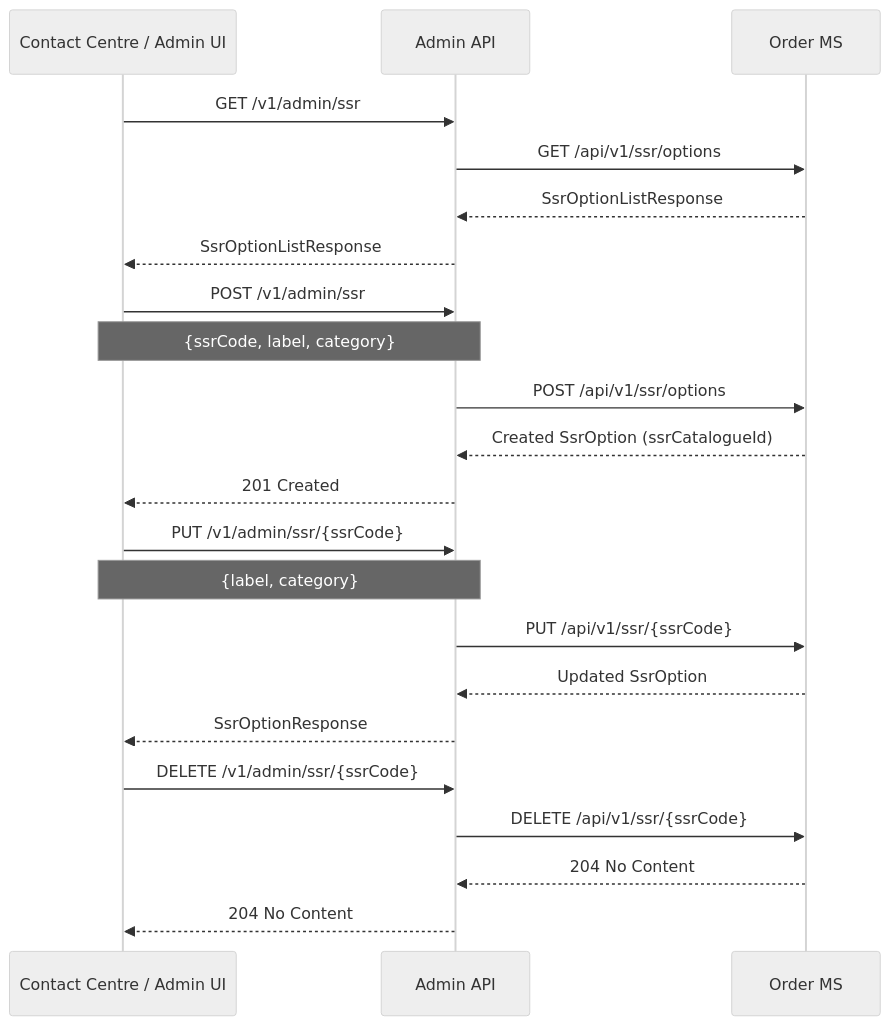
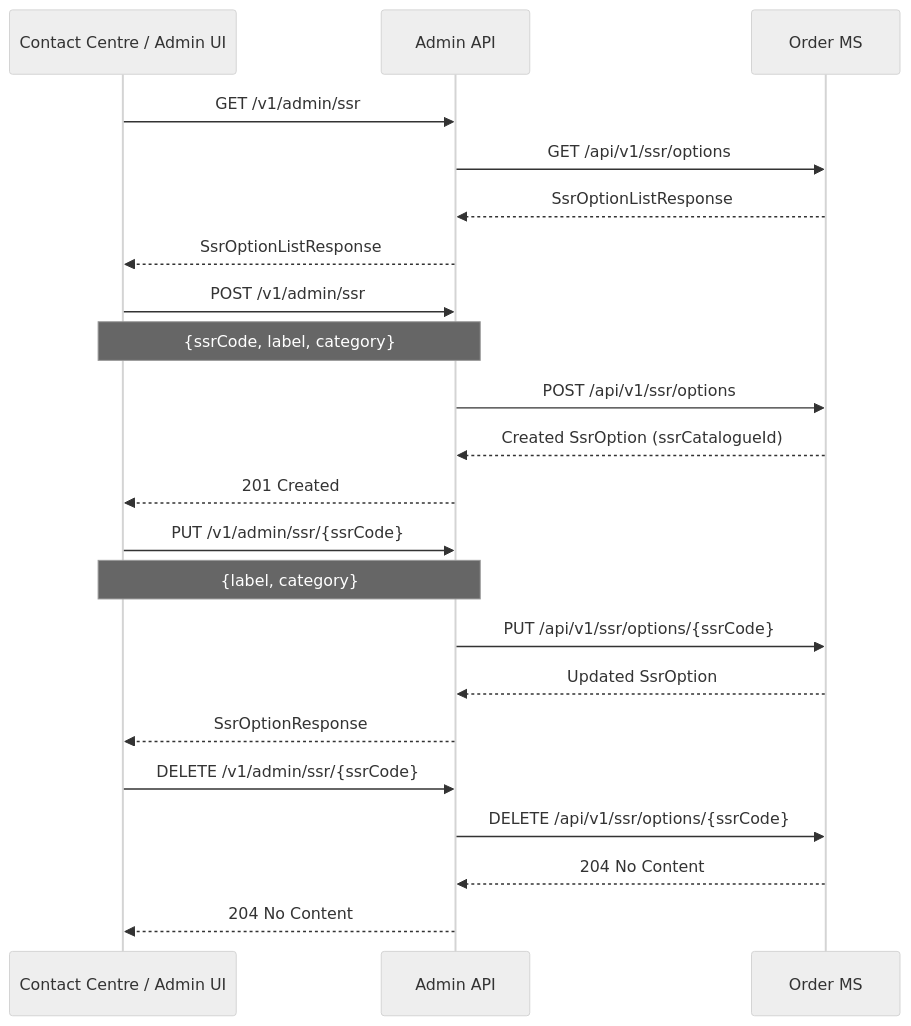
The fourth of 4 diagrams in documentation/sequences/ssr.md (sebharvey/airline-reservation-system), drawn with Mermaid (neutral theme) before and after one commit. The commit also changed 11 other files, not shown here.

````diff
--- a/documentation/sequences/ssr.md
+++ b/documentation/sequences/ssr.md
@@ -63,28 +63,28 @@
 ```mermaid
 sequenceDiagram
     participant Terminal as Contact Centre / Admin UI
     participant AdminAPI as Admin API
     participant OrderMS as Order MS
 
     Terminal->>AdminAPI: GET /v1/admin/ssr
     AdminAPI->>OrderMS: GET /api/v1/ssr/options
     OrderMS-->>AdminAPI: SsrOptionListResponse
     AdminAPI-->>Terminal: SsrOptionListResponse
 
     Terminal->>AdminAPI: POST /v1/admin/ssr
     Note over Terminal,AdminAPI: {ssrCode, label, category}
     AdminAPI->>OrderMS: POST /api/v1/ssr/options
     OrderMS-->>AdminAPI: Created SsrOption (ssrCatalogueId)
     AdminAPI-->>Terminal: 201 Created
 
     Terminal->>AdminAPI: PUT /v1/admin/ssr/{ssrCode}
     Note over Terminal,AdminAPI: {label, category}
-    AdminAPI->>OrderMS: PUT /api/v1/ssr/{ssrCode}
+    AdminAPI->>OrderMS: PUT /api/v1/ssr/options/{ssrCode}
     OrderMS-->>AdminAPI: Updated SsrOption
     AdminAPI-->>Terminal: SsrOptionResponse
 
     Terminal->>AdminAPI: DELETE /v1/admin/ssr/{ssrCode}
-    AdminAPI->>OrderMS: DELETE /api/v1/ssr/{ssrCode}
+    AdminAPI->>OrderMS: DELETE /api/v1/ssr/options/{ssrCode}
     OrderMS-->>AdminAPI: 204 No Content
     AdminAPI-->>Terminal: 204 No Content
 ```
````
